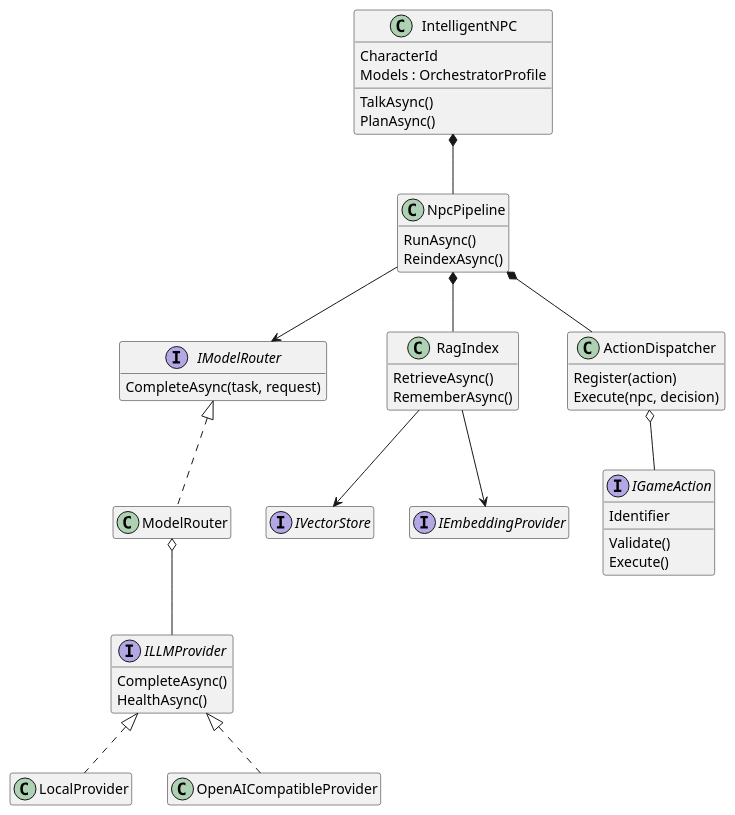
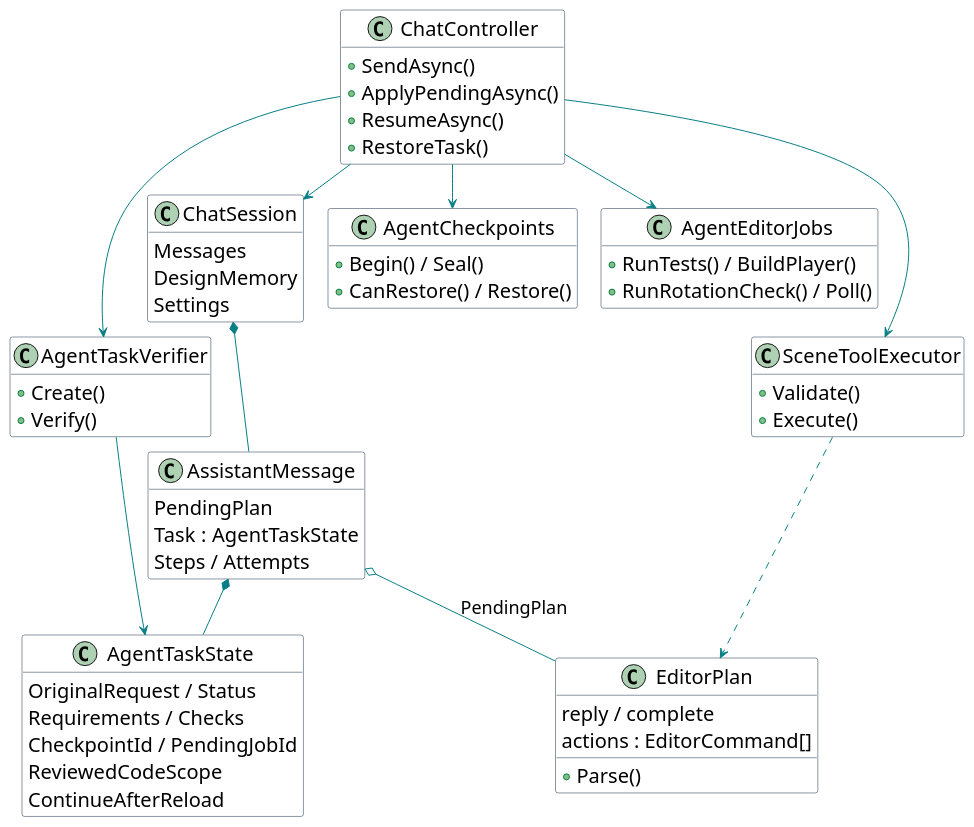
Before and after one commit to saslekawaiii/scenepilot-unity: the diagram in docs/uml/class.puml, drawn with PlantUML. The commit also changed 613 other files, not shown here.

First line of the commit message:
Implement WorldWeaver 1.2 agent, gameplay and model connections

```diff
--- a/docs/uml/class.puml
+++ b/docs/uml/class.puml
@@ -1,51 +1,67 @@
 @startuml
 skinparam defaultFontName Arial
+skinparam defaultFontSize 20
+skinparam ArrowFontSize 18
 skinparam shadowing false
+skinparam ArrowColor #087F86
+skinparam nodesep 24
+skinparam ranksep 30
+
+skinparam classBackgroundColor white
+skinparam classBorderColor #142F46
 hide empty members
-class IntelligentNPC {
- CharacterId
- Models : OrchestratorProfile
- TalkAsync()
- PlanAsync()
+class ChatController {
+ + SendAsync()
+ + ApplyPendingAsync()
+ + ResumeAsync()
+ + RestoreTask()
 }
-class NpcPipeline {
- RunAsync()
- ReindexAsync()
+class ChatSession {
+ Messages
+ DesignMemory
+ Settings
 }
-interface IModelRouter {
- CompleteAsync(task, request)
+class AssistantMessage {
+ PendingPlan
+ Task : AgentTaskState
+ Steps / Attempts
 }
-class ModelRouter
-interface ILLMProvider {
- CompleteAsync()
- HealthAsync()
+class AgentTaskState {
+ OriginalRequest / Status
+ Requirements / Checks
+ CheckpointId / PendingJobId
+ ReviewedCodeScope
+ ContinueAfterReload
 }
-class LocalProvider
-class OpenAICompatibleProvider
-class RagIndex {
- RetrieveAsync()
- RememberAsync()
+class AgentTaskVerifier {
+ + Create()
+ + Verify()
 }
-interface IVectorStore
-interface IEmbeddingProvider
-class ActionDispatcher {
- Register(action)
- Execute(npc, decision)
+class AgentCheckpoints {
+ + Begin() / Seal()
+ + CanRestore() / Restore()
 }
-interface IGameAction {
- Identifier
- Validate()
- Execute()
+class AgentEditorJobs {
+ + RunTests() / BuildPlayer()
+ + RunRotationCheck() / Poll()
 }
-IntelligentNPC *-- NpcPipeline
-NpcPipeline --> IModelRouter
-IModelRouter <|.. ModelRouter
-ModelRouter o-- ILLMProvider
-ILLMProvider <|.. LocalProvider
-ILLMProvider <|.. OpenAICompatibleProvider
-NpcPipeline *-- RagIndex
-RagIndex --> IVectorStore
-RagIndex --> IEmbeddingProvider
-NpcPipeline *-- ActionDispatcher
-ActionDispatcher o-- IGameAction
+class EditorPlan {
+ reply / complete
+ actions : EditorCommand[]
+ + Parse()
+}
+class SceneToolExecutor {
+ + Validate()
+ + Execute()
+}
+ChatController --> ChatSession
+ChatSession *-- AssistantMessage
+AssistantMessage *-- AgentTaskState
+AssistantMessage o-- EditorPlan : PendingPlan
+ChatController --> AgentTaskVerifier
+AgentTaskVerifier --> AgentTaskState
+ChatController --> AgentCheckpoints
+ChatController --> AgentEditorJobs
+ChatController --> SceneToolExecutor
+SceneToolExecutor ..> EditorPlan
 @enduml
```
